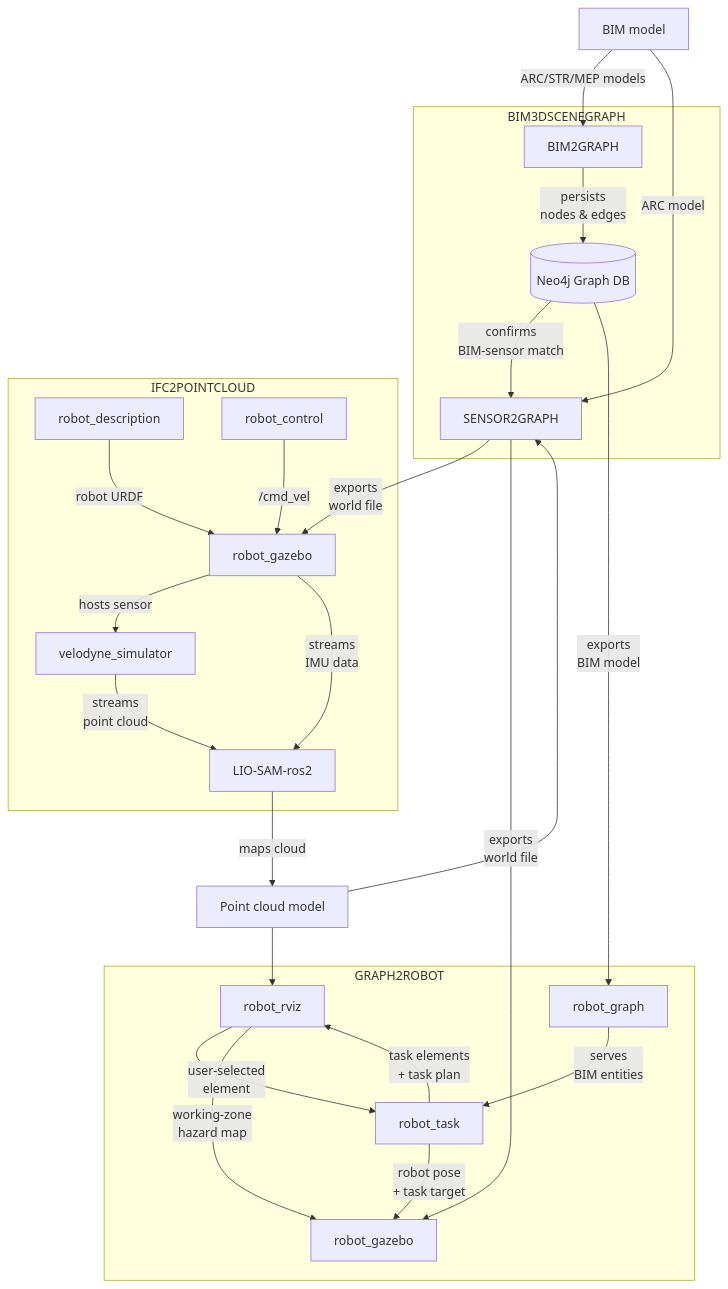
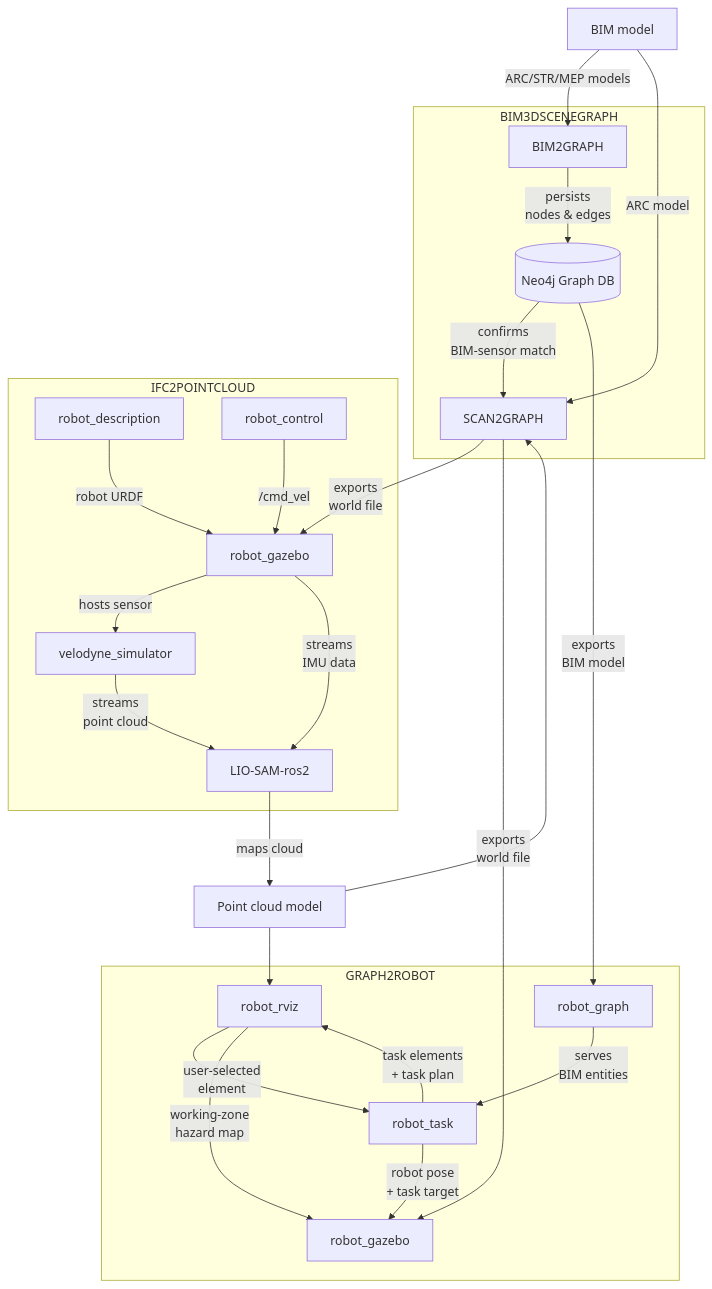
The diagram in docs/project-architecture.md (GunwoongBang/bim3dscenegraph), drawn with Mermaid before and after one commit. The commit also changed 19 other files, not shown here.

Commit message:
sensor2graph to scan2graph

````diff
--- a/docs/project-architecture.md
+++ b/docs/project-architecture.md
@@ -1,50 +1,50 @@
 ```mermaid
 flowchart TB
     BIM["BIM model"]
 
     subgraph BIM3DSG["BIM3DSCENEGRAPH"]
         BIM2GRAPH
-        SENSOR2GRAPH
+        SCAN2GRAPH
         Neo4j[("Neo4j Graph DB")]
     end
     
     subgraph I2PC["IFC2POINTCLOUD"]
         GAZEBO1["robot_gazebo"]
         robot_description
         robot_control
         velodyne_simulator
         LIO-SAM-ros2
     end
 
     subgraph G2R["GRAPH2ROBOT"]
         robot_graph
         robot_task
         robot_rviz
         GAZEBO2["robot_gazebo"]
     end
 
     PCD["Point cloud model"]
 
     BIM --> |ARC/STR/MEP models| BIM2GRAPH
-    BIM --> |ARC model| SENSOR2GRAPH
+    BIM --> |ARC model| SCAN2GRAPH
     BIM2GRAPH --> |persists </br>nodes & edges| Neo4j
-    Neo4j --> |confirms </br>BIM-sensor match| SENSOR2GRAPH
+    Neo4j --> |confirms </br>BIM-sensor match| SCAN2GRAPH
 
-    SENSOR2GRAPH --> |exports </br>world file| GAZEBO1
-    SENSOR2GRAPH --> |exports </br>world file| GAZEBO2
+    SCAN2GRAPH --> |exports </br>world file| GAZEBO1
+    SCAN2GRAPH --> |exports </br>world file| GAZEBO2
     robot_description --> |robot URDF| GAZEBO1
     robot_control --> |/cmd_vel| GAZEBO1
     GAZEBO1 --> |hosts sensor| velodyne_simulator
     GAZEBO1 --> |streams </br>IMU data| LIO-SAM-ros2
     velodyne_simulator --> |streams </br>point cloud| LIO-SAM-ros2
     LIO-SAM-ros2 --> |maps cloud| PCD
-    PCD --> SENSOR2GRAPH
+    PCD --> SCAN2GRAPH
     PCD --> robot_rviz
 
     Neo4j --> |exports </br>BIM model| robot_graph
     robot_graph --> |serves </br>BIM entities| robot_task
     robot_task --> |task elements </br>+ task plan| robot_rviz
     robot_task --> |robot pose </br>+ task target| GAZEBO2
     robot_rviz --> |user-selected </br>element| robot_task
     robot_rviz --> |working-zone </br>hazard map| GAZEBO2
 ```
````
